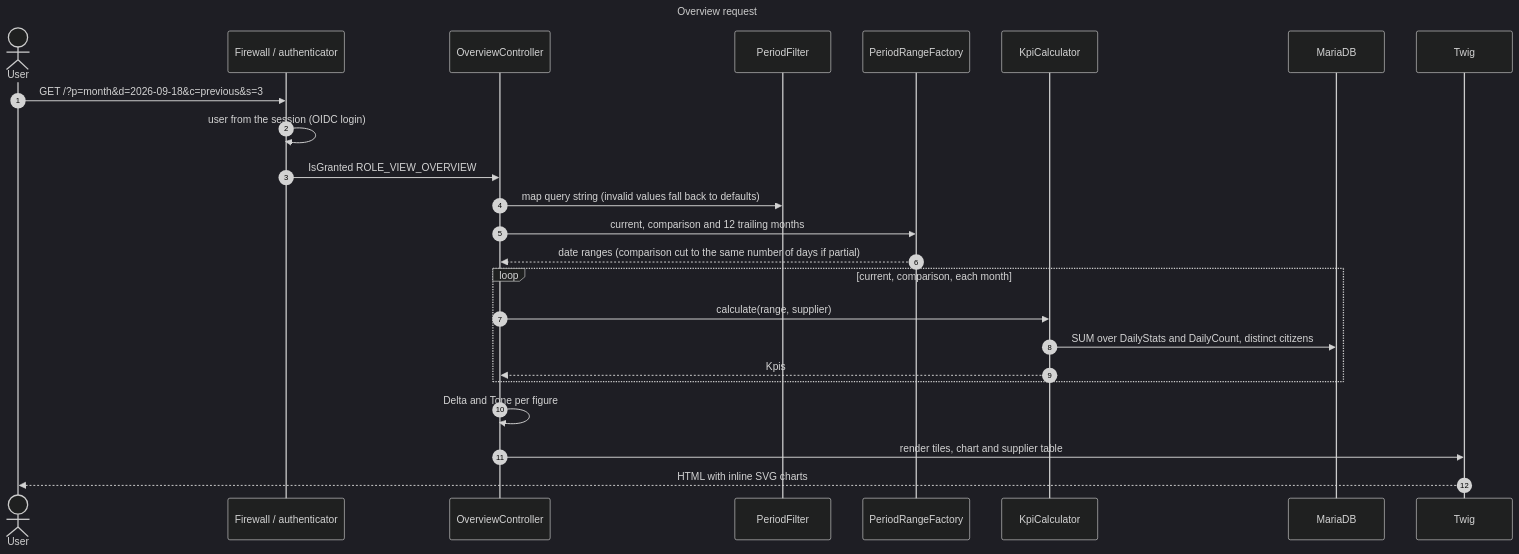
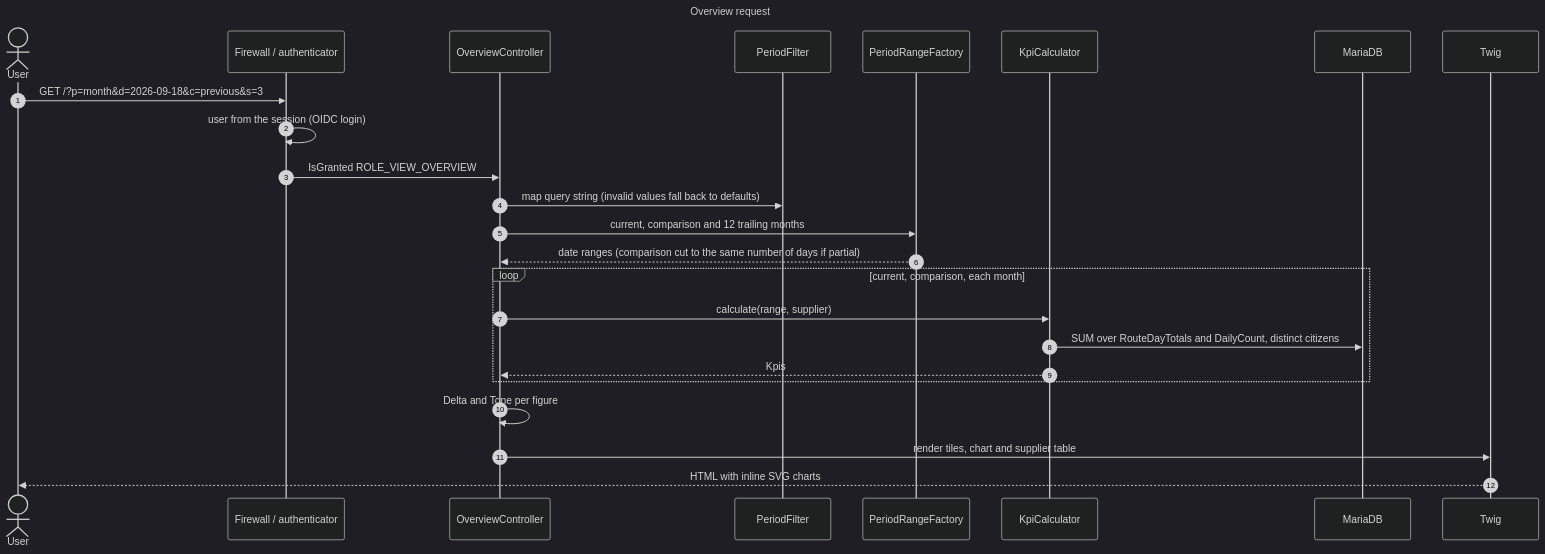
One commit to itk-dev/koerselsoverblik changed the sixth of 7 diagrams in docs/architecture.md. Above: the diagram before and after it, drawn with Mermaid (dark theme). The commit also changed other lines of this file and 4 other files, not shown here.

First line of the commit message:
docs: describe the totals of each route and day

````diff
--- a/docs/architecture.md
+++ b/docs/architecture.md
@@ -762,30 +776,30 @@
 ```mermaid
 ---
 title: Overview request
 ---
 sequenceDiagram
     autonumber
     actor User
     participant FW as Firewall / authenticator
     participant C as OverviewController
     participant F as PeriodFilter
     participant R as PeriodRangeFactory
     participant K as KpiCalculator
     participant DB as MariaDB
     participant T as Twig
 
     User->>FW: GET /?p=month&d=2026-09-18&c=previous&s=3
     FW->>FW: user from the session (OIDC login)
     FW->>C: IsGranted ROLE_VIEW_OVERVIEW
     C->>F: map query string (invalid values fall back to defaults)
     C->>R: current, comparison and 12 trailing months
     R-->>C: date ranges (comparison cut to the same number of days if partial)
     loop current, comparison, each month
         C->>K: calculate(range, supplier)
-        K->>DB: SUM over DailyStats and DailyCount, distinct citizens
+        K->>DB: SUM over RouteDayTotals and DailyCount, distinct citizens
         K-->>C: Kpis
     end
     C->>C: Delta and Tone per figure
     C->>T: render tiles, chart and supplier table
     T-->>User: HTML with inline SVG charts
 ```
````
